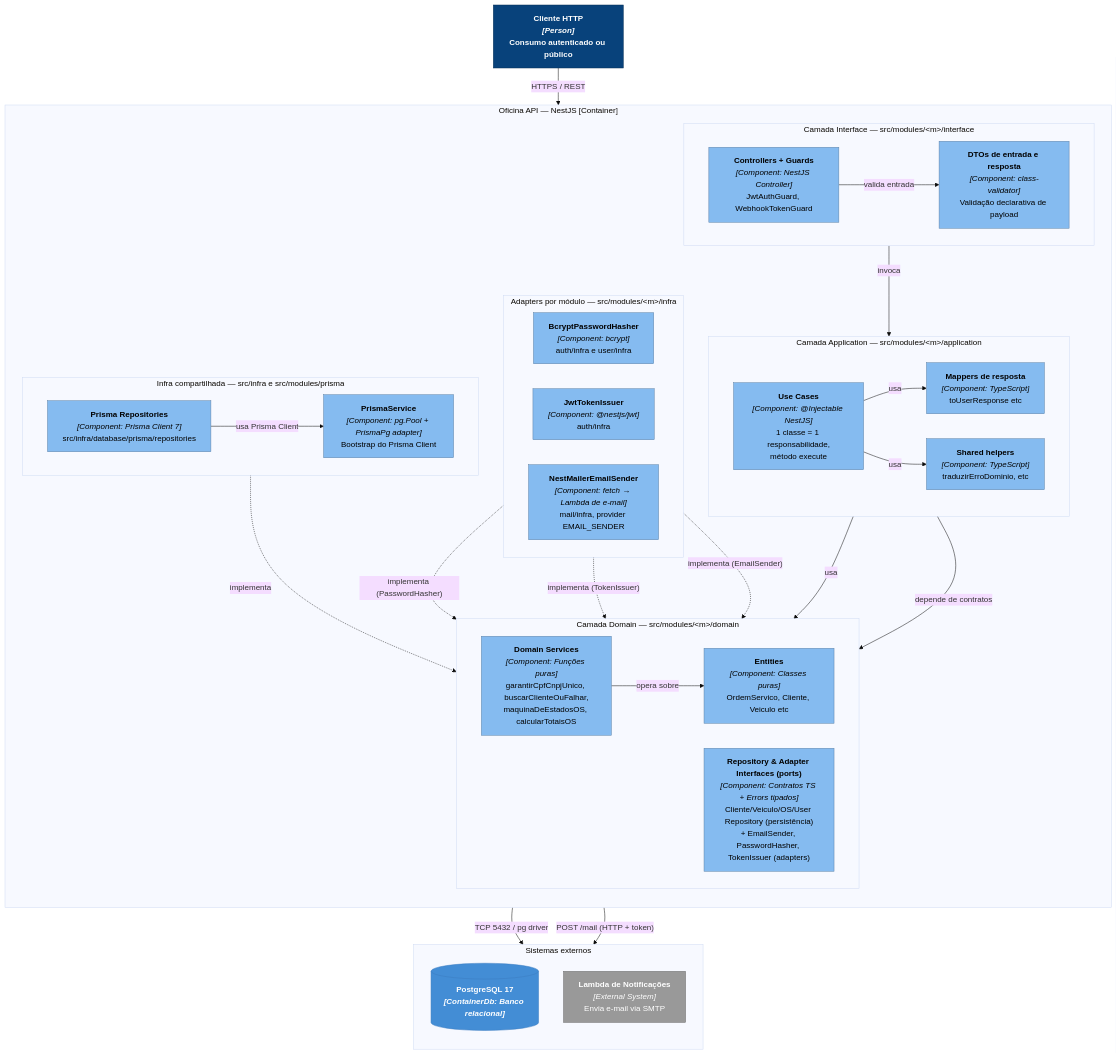
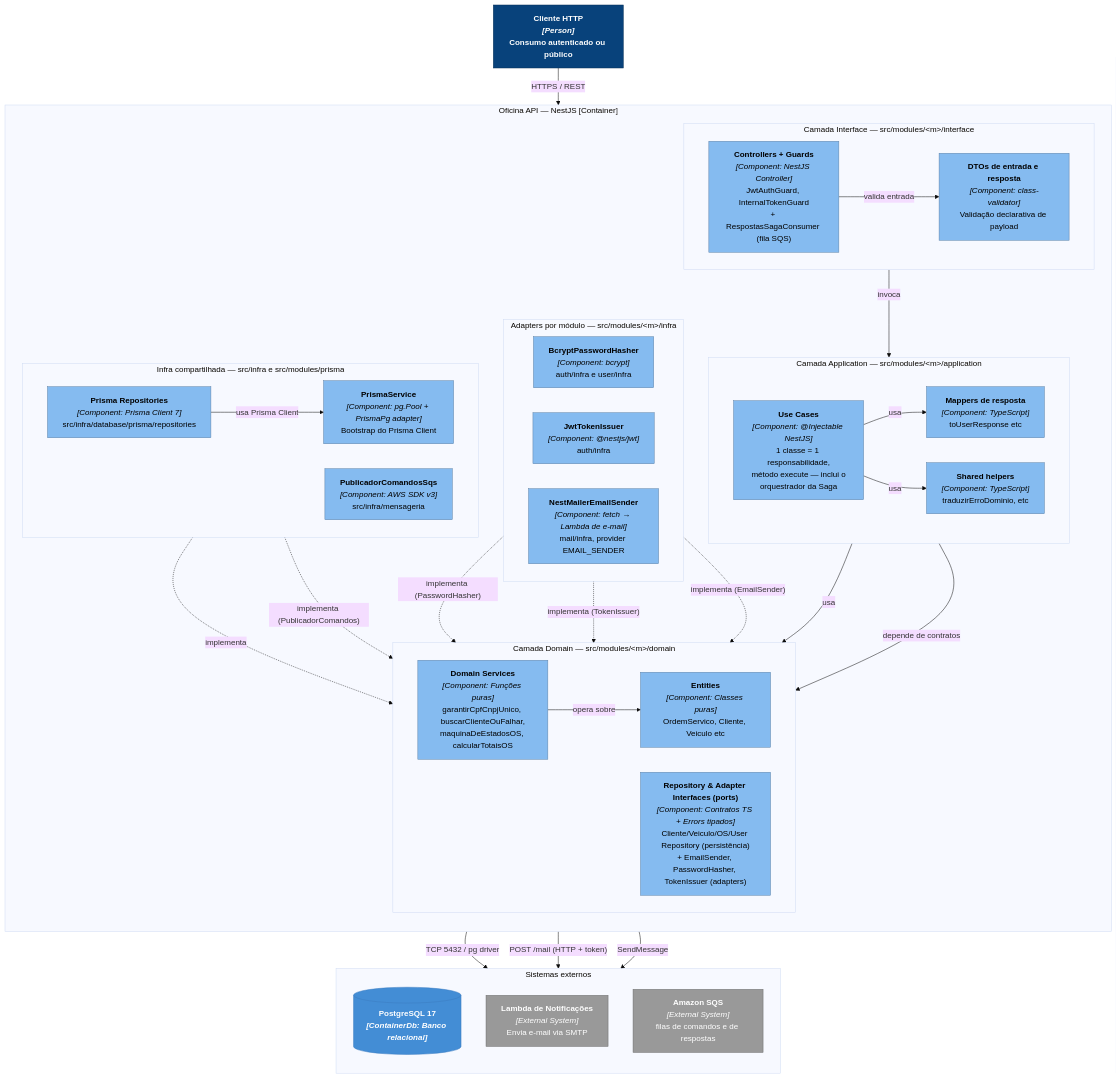
One commit to LucasValada/tech-challenge-fiap changed the sixth of 11 diagrams in README.md. Above: the diagram before and after it, drawn with Mermaid (base theme). The commit also changed other lines of this file and 25 other files, not shown here.

First line of the commit message:
feat(saga): rota interna da Lambda, integração dos três serviços e README da Saga

````diff
--- a/README.md
+++ b/README.md
@@ -179,75 +403,79 @@
 ```mermaid
 graph TB
     classDef person fill:#08427B,stroke:#052E56,color:#fff,font-weight:bold
     classDef external fill:#999999,stroke:#6B6B6B,color:#fff
     classDef database fill:#438DD5,stroke:#3B7BC0,color:#fff,font-weight:bold
     classDef component fill:#85BBF0,stroke:#5D82A8,color:#000
 
     Cliente["<b>Cliente HTTP</b><br/><i>[Person]</i><br/>Consumo autenticado ou público"]
 
     subgraph OficinaAPI["Oficina API — NestJS [Container]"]
         direction TB
 
         subgraph InterfaceLayer["Camada Interface — src/modules/&lt;m&gt;/interface"]
             direction LR
-            Controllers["<b>Controllers + Guards</b><br/><i>[Component: NestJS Controller]</i><br/>JwtAuthGuard, WebhookTokenGuard"]
+            Controllers["<b>Controllers + Guards</b><br/><i>[Component: NestJS Controller]</i><br/>JwtAuthGuard, InternalTokenGuard<br/>+ RespostasSagaConsumer (fila SQS)"]
             DTOs["<b>DTOs de entrada e resposta</b><br/><i>[Component: class-validator]</i><br/>Validação declarativa de payload"]
         end
 
         subgraph ApplicationLayer["Camada Application — src/modules/&lt;m&gt;/application"]
             direction LR
-            UseCases["<b>Use Cases</b><br/><i>[Component: @Injectable NestJS]</i><br/>1 classe = 1 responsabilidade,<br/>método execute"]
+            UseCases["<b>Use Cases</b><br/><i>[Component: @Injectable NestJS]</i><br/>1 classe = 1 responsabilidade,<br/>método execute — inclui o<br/>orquestrador da Saga"]
             Mappers["<b>Mappers de resposta</b><br/><i>[Component: TypeScript]</i><br/>toUserResponse etc"]
             Shared["<b>Shared helpers</b><br/><i>[Component: TypeScript]</i><br/>traduzirErroDominio, etc"]
         end
 
         subgraph DomainLayer["Camada Domain — src/modules/&lt;m&gt;/domain"]
             direction LR
             Entities["<b>Entities</b><br/><i>[Component: Classes puras]</i><br/>OrdemServico, Cliente, Veiculo etc"]
             DomainSvc["<b>Domain Services</b><br/><i>[Component: Funções puras]</i><br/>garantirCpfCnpjUnico, buscarClienteOuFalhar,<br/>maquinaDeEstadosOS, calcularTotaisOS"]
             Repos["<b>Repository & Adapter Interfaces (ports)</b><br/><i>[Component: Contratos TS + Errors tipados]</i><br/>Cliente/Veiculo/OS/User Repository (persistência)<br/>+ EmailSender, PasswordHasher, TokenIssuer (adapters)"]
         end
 
         subgraph ModuleInfra["Adapters por módulo — src/modules/&lt;m&gt;/infra"]
             direction LR
             Bcrypt["<b>BcryptPasswordHasher</b><br/><i>[Component: bcrypt]</i><br/>auth/infra e user/infra"]
             Jwt["<b>JwtTokenIssuer</b><br/><i>[Component: @nestjs/jwt]</i><br/>auth/infra"]
             Mailer["<b>NestMailerEmailSender</b><br/><i>[Component: fetch → Lambda de e-mail]</i><br/>mail/infra, provider EMAIL_SENDER"]
         end
 
         subgraph SharedInfra["Infra compartilhada — src/infra e src/modules/prisma"]
             direction LR
             PrismaSvc["<b>PrismaService</b><br/><i>[Component: pg.Pool + PrismaPg adapter]</i><br/>Bootstrap do Prisma Client"]
             PrismaRepos["<b>Prisma Repositories</b><br/><i>[Component: Prisma Client 7]</i><br/>src/infra/database/prisma/repositories"]
+            Publicador["<b>PublicadorComandosSqs</b><br/><i>[Component: AWS SDK v3]</i><br/>src/infra/mensageria"]
         end
     end
 
     subgraph Externos["Sistemas externos"]
         direction TB
         DB[("<b>PostgreSQL 17</b><br/><i>[ContainerDb: Banco relacional]</i>")]
         MailLambda["<b>Lambda de Notificações</b><br/><i>[External System]</i><br/>Envia e-mail via SMTP"]
+        SQSExt["<b>Amazon SQS</b><br/><i>[External System]</i><br/>filas de comandos e de respostas"]
     end
 
     Cliente -->|"HTTPS / REST"| Controllers
     Controllers -->|"valida entrada"| DTOs
     Controllers -->|"invoca"| UseCases
     UseCases -->|"usa"| DomainSvc
     UseCases -->|"depende de contratos"| Repos
     UseCases -->|"usa"| Mappers
     UseCases -->|"usa"| Shared
     DomainSvc -->|"opera sobre"| Entities
 
     PrismaRepos -.->|"implementa"| Repos
+    Publicador -.->|"implementa (PublicadorComandos)"| Repos
     Bcrypt -.->|"implementa (PasswordHasher)"| Repos
     Jwt -.->|"implementa (TokenIssuer)"| Repos
     Mailer -.->|"implementa (EmailSender)"| Repos
 
     PrismaRepos -->|"usa Prisma Client"| PrismaSvc
     PrismaSvc -->|"TCP 5432 / pg driver"| DB
     Mailer -->|"POST /mail (HTTP + token)"| MailLambda
+    Publicador -->|"SendMessage"| SQSExt
 
     class Cliente person
     class DB database
-    class MailLambda external
-    class Controllers,DTOs,UseCases,Mappers,Shared,Entities,DomainSvc,Repos,Bcrypt,Jwt,Mailer,PrismaSvc,PrismaRepos component
+    class MailLambda,SQSExt external
+    class Controllers,DTOs,UseCases,Mappers,Shared,Entities,DomainSvc,Repos,Bcrypt,Jwt,Mailer,PrismaSvc,PrismaRepos,Publicador component
 ```
````
